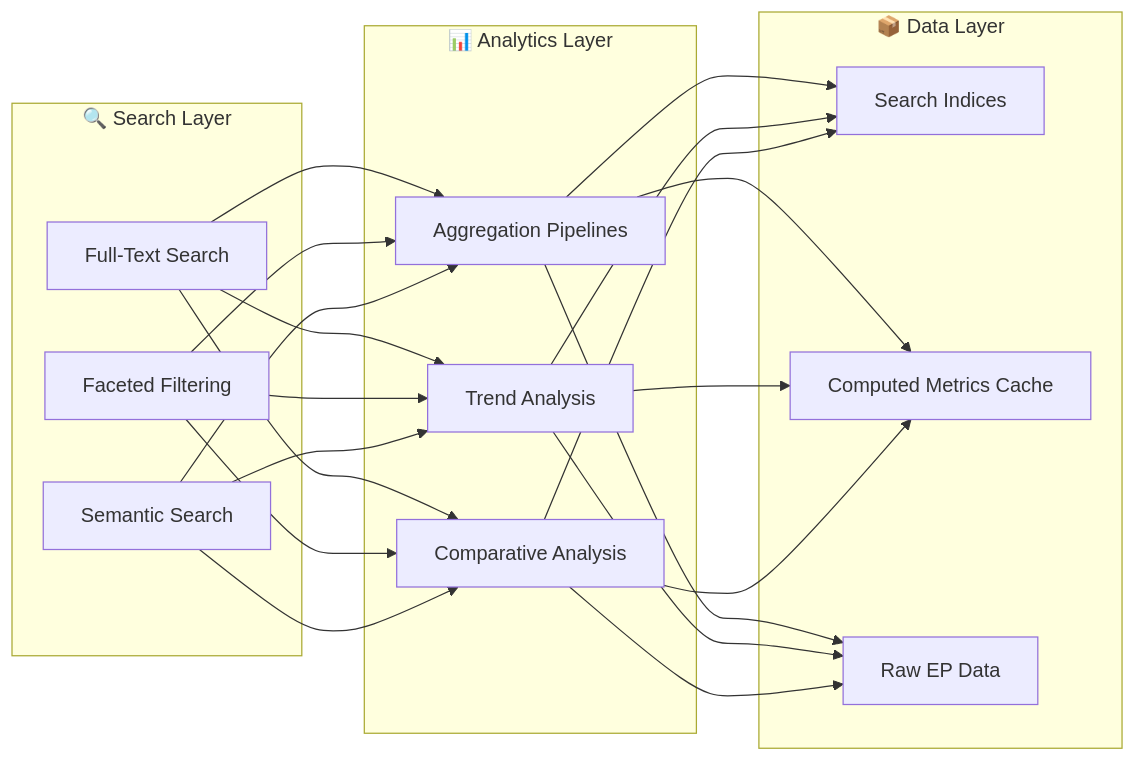
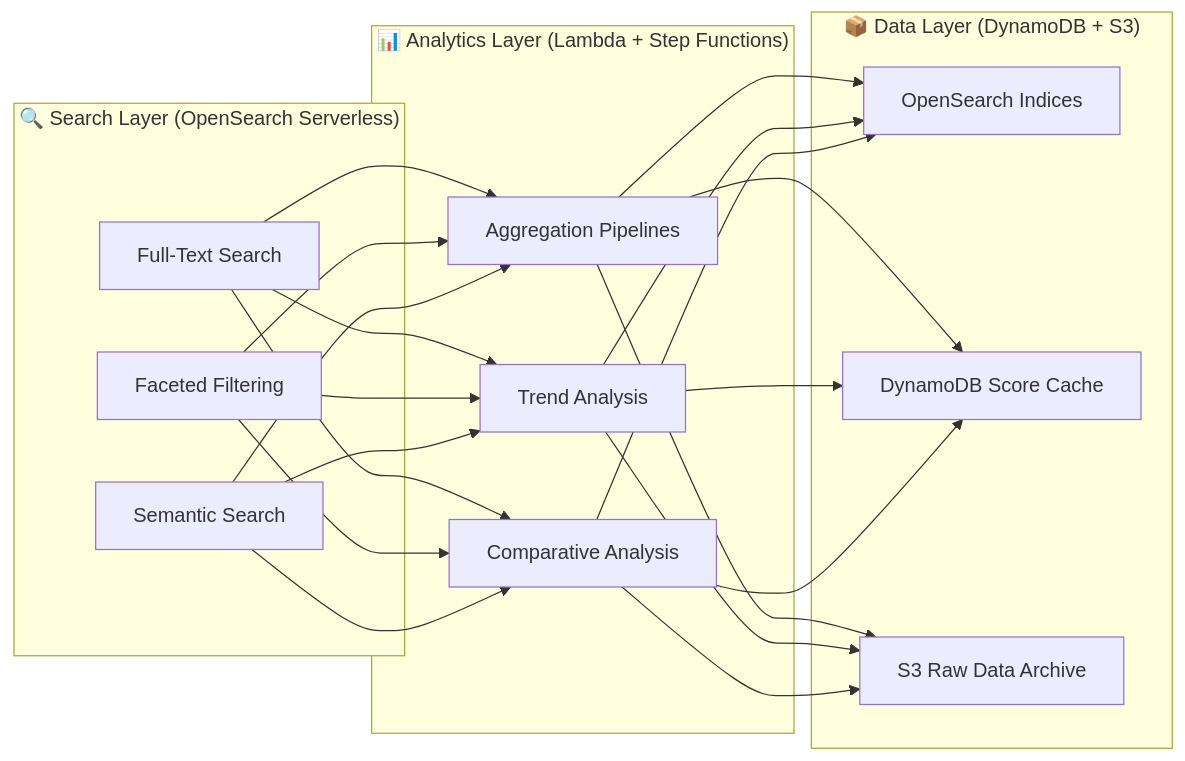
Before and after one commit to Hack23/European-Parliament-MCP-Server: the second of 2 diagrams in FUTURE_DATA_MODEL.md, drawn with Mermaid. The commit also changed other lines of this file and 6 other files, not shown here.

````diff
--- a/FUTURE_DATA_MODEL.md
+++ b/FUTURE_DATA_MODEL.md
@@ -173,20 +173,20 @@
 ```mermaid
 graph LR
-    subgraph "🔍 Search Layer"
+    subgraph "🔍 Search Layer (OpenSearch Serverless)"
         FT[Full-Text Search]
         FAC[Faceted Filtering]
         SEM[Semantic Search]
     end
-    subgraph "📊 Analytics Layer"
+    subgraph "📊 Analytics Layer (Lambda + Step Functions)"
         AGG[Aggregation Pipelines]
         TREND[Trend Analysis]
         COMP[Comparative Analysis]
     end
-    subgraph "📦 Data Layer"
-        IDX[Search Indices]
-        CACHE[Computed Metrics Cache]
-        RAW[Raw EP Data]
+    subgraph "📦 Data Layer (DynamoDB + S3)"
+        IDX[OpenSearch Indices]
+        CACHE[DynamoDB Score Cache]
+        RAW[S3 Raw Data Archive]
     end
 
     FT & FAC & SEM --> AGG & TREND & COMP --> IDX & CACHE & RAW
 ```
````
